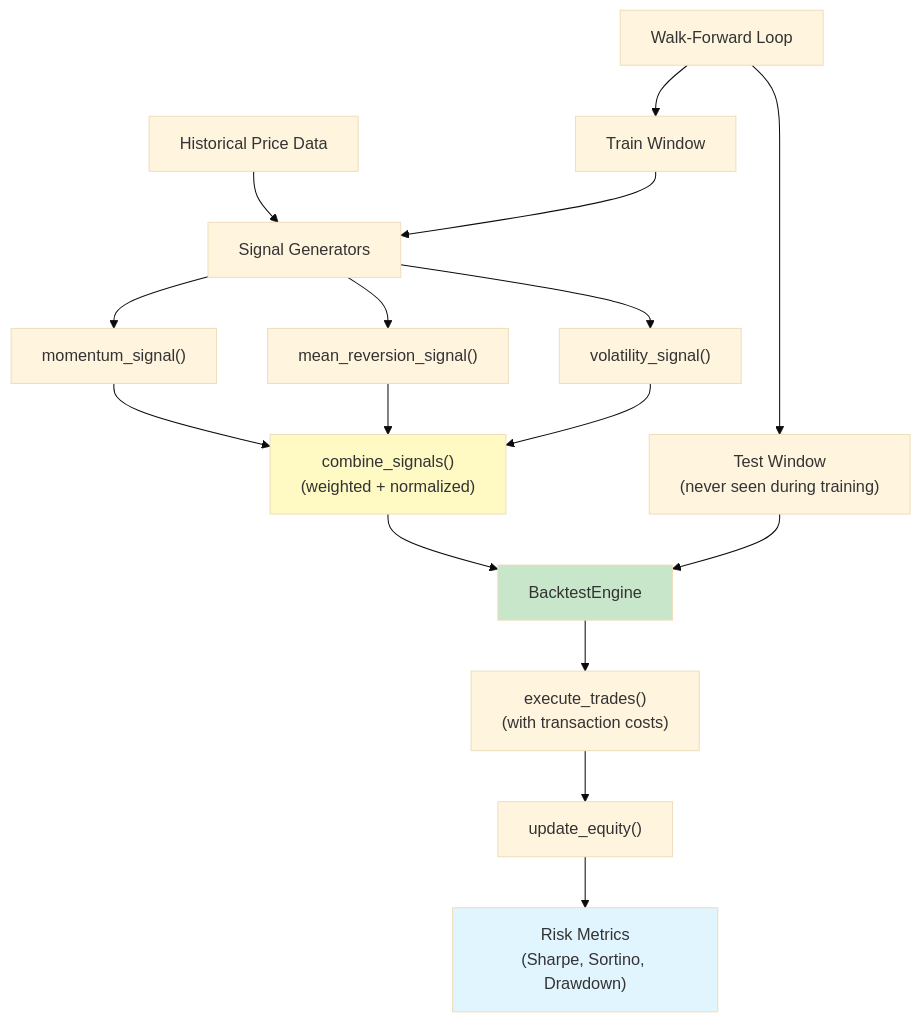
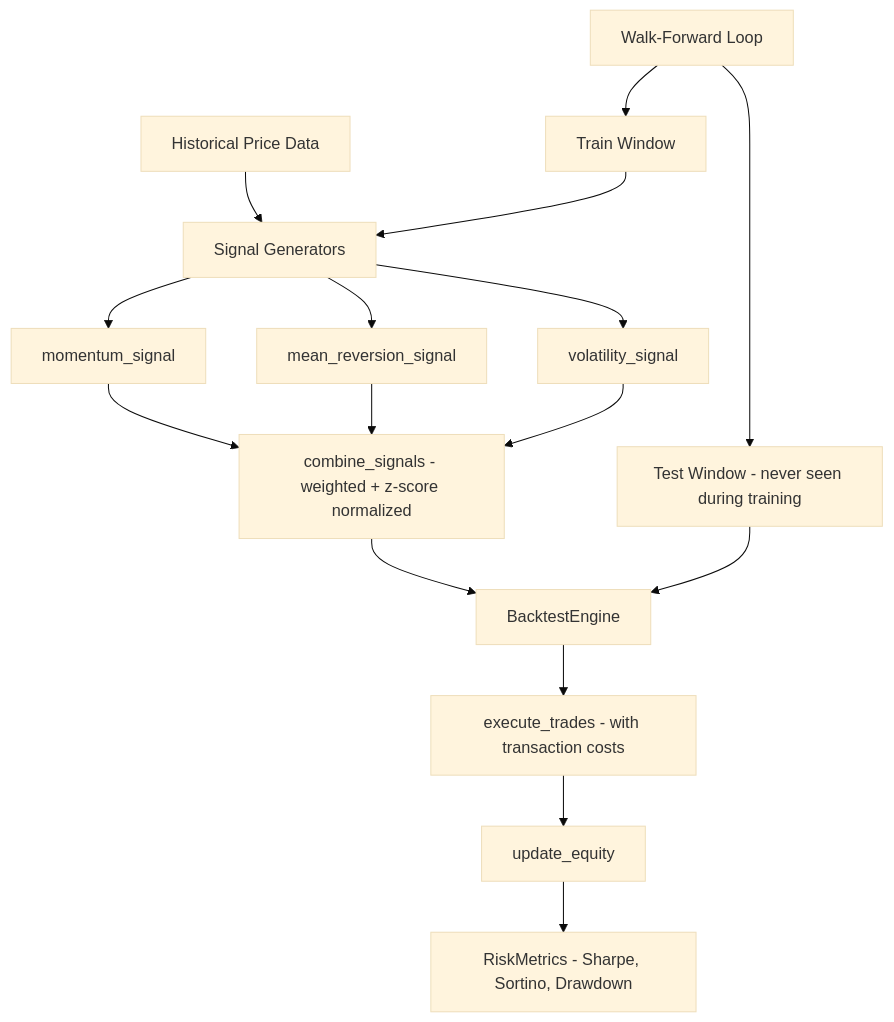
Before and after one commit to jrajath94/alpha-signal-framework: the diagram in README.md, drawn with Mermaid (base theme). The commit also changed other lines of this file and 2 other files, not shown here.

````diff
--- a/README.md
+++ b/README.md
@@ -33,24 +18,20 @@
 ```mermaid
 graph TD
-    A["Historical Price Data"] --> B["Signal Generators"]
-    B --> C["momentum_signal()"]
-    B --> D["mean_reversion_signal()"]
-    B --> E["volatility_signal()"]
-    C --> F["combine_signals()<br/>(weighted + normalized)"]
+    A[Historical Price Data] --> B[Signal Generators]
+    B --> C[momentum_signal]
+    B --> D[mean_reversion_signal]
+    B --> E[volatility_signal]
+    C --> F[combine_signals - weighted + z-score normalized]
     D --> F
     E --> F
 
-    F --> G["BacktestEngine"]
-    G --> H["execute_trades()<br/>(with transaction costs)"]
-    H --> I["update_equity()"]
-    I --> J["Risk Metrics<br/>(Sharpe, Sortino, Drawdown)"]
+    F --> G[BacktestEngine]
+    G --> H[execute_trades - with transaction costs]
+    H --> I[update_equity]
+    I --> J[RiskMetrics - Sharpe, Sortino, Drawdown]
 
-    K["Walk-Forward Loop"] --> L["Train Window"]
-    K --> M["Test Window<br/>(never seen during training)"]
+    K[Walk-Forward Loop] --> L[Train Window]
+    K --> M[Test Window - never seen during training]
     L --> B
     M --> G
-
-    style F fill:#fff9c4
-    style G fill:#c8e6c9
-    style J fill:#e1f5ff
 ```
````
